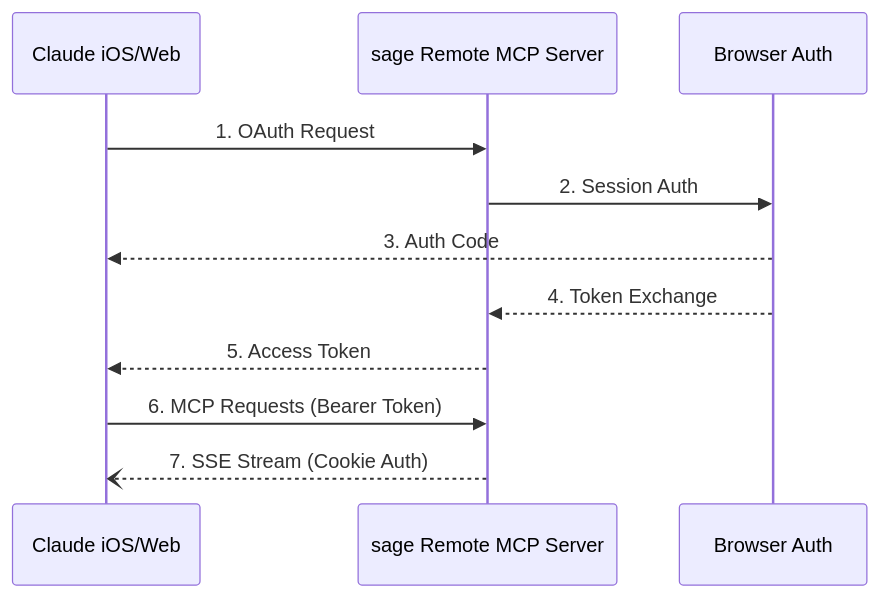
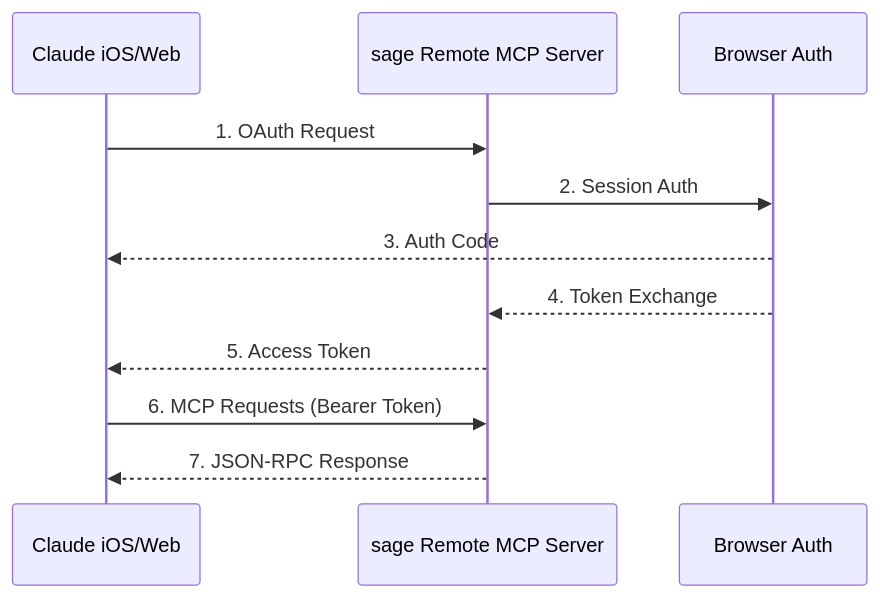
Before and after one commit to shin1ohno/sage: the second of 2 diagrams in .claude/specs/spec.md, drawn with Mermaid. The commit also changed other lines of this file and 9 other files, not shown here.

````diff
--- a/.claude/specs/spec.md
+++ b/.claude/specs/spec.md
@@ -148,14 +147,14 @@
 ```mermaid
 sequenceDiagram
     participant Client as Claude iOS/Web
     participant Server as sage Remote MCP Server
     participant Browser as Browser Auth
 
     Client->>Server: 1. OAuth Request
     Server->>Browser: 2. Session Auth
     Browser-->>Client: 3. Auth Code
     Browser-->>Server: 4. Token Exchange
     Server-->>Client: 5. Access Token
     Client->>Server: 6. MCP Requests (Bearer Token)
-    Server--)Client: 7. SSE Stream (Cookie Auth)
+    Server-->>Client: 7. JSON-RPC Response
 ```
````
